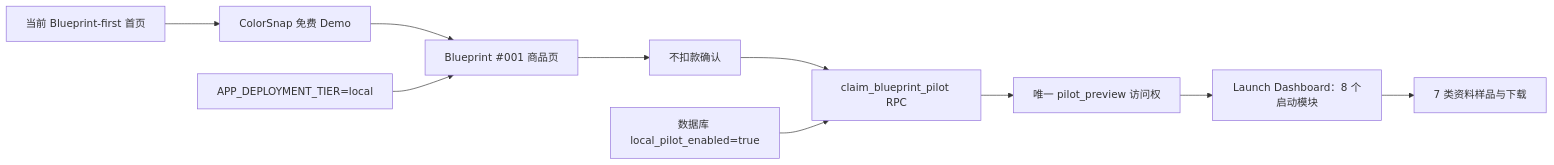
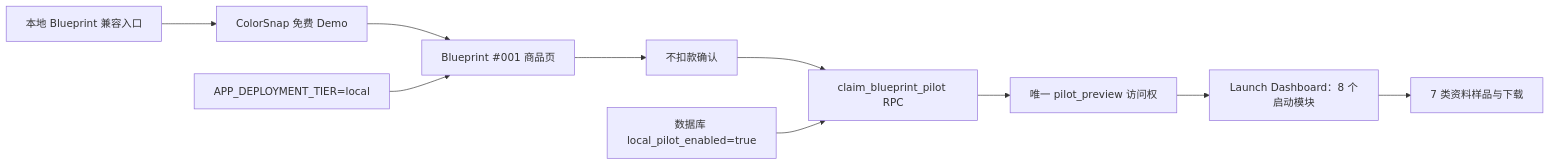
One commit to JamesonZGJ/ai-demo-vault changed the second of 3 diagrams in ARCHITECTURE.md. Above: the diagram before and after it, drawn with Mermaid. The commit also changed other lines of this file and 194 other files, not shown here.

````diff
--- a/ARCHITECTURE.md
+++ b/ARCHITECTURE.md
@@ -75,12 +77,12 @@
 ```mermaid
 flowchart LR
-    H["当前 Blueprint-first 首页"] --> D["ColorSnap 免费 Demo"]
+    H["本地 Blueprint 兼容入口"] --> D["ColorSnap 免费 Demo"]
     D --> B["Blueprint #001 商品页"]
     B --> C["不扣款确认"]
     C --> R["claim_blueprint_pilot RPC"]
     R --> G["唯一 pilot_preview 访问权"]
     G --> L["Launch Dashboard：8 个启动模块"]
     L --> X["7 类资料样品与下载"]
     E["APP_DEPLOYMENT_TIER=local"] --> B
     F["数据库 local_pilot_enabled=true"] --> R
 ```
````
